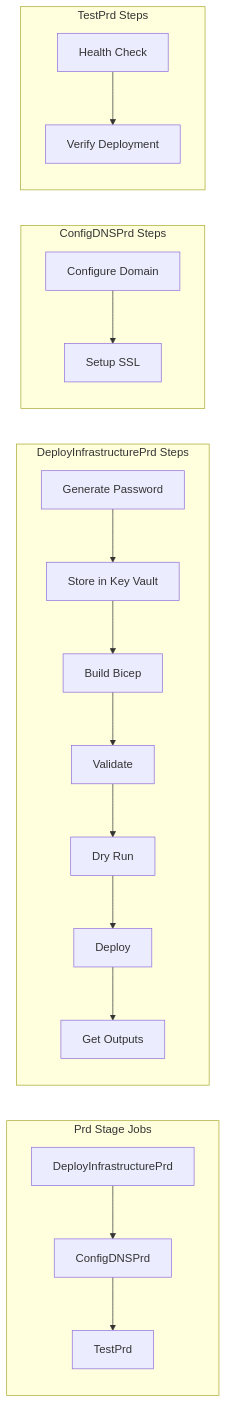
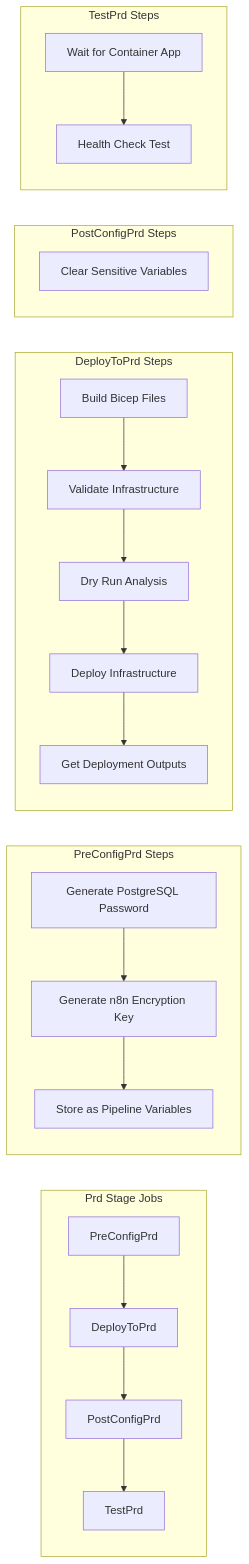
Before and after one commit to srmds/n8n-azure-apps-quick-starter: the fourth of 12 diagrams in docs/cicd-pipeline.md, drawn with Mermaid. The commit also changed other lines of this file and 15 other files, not shown here.

````diff
--- a/docs/cicd-pipeline.md
+++ b/docs/cicd-pipeline.md
@@ -143,24 +143,28 @@
 ```mermaid
 graph LR
     subgraph "Prd Stage Jobs"
-        A[DeployInfrastructurePrd] --> B[ConfigDNSPrd]
-        B --> C[TestPrd]
+        A[PreConfigPrd] --> B[DeployToPrd]
+        B --> C[PostConfigPrd]
+        C --> D[TestPrd]
     end
 
-    subgraph "DeployInfrastructurePrd Steps"
-        A1[Generate Password] --> A2[Store in Key Vault]
-        A2 --> A3[Build Bicep]
-        A3 --> A4[Validate]
-        A4 --> A5[Dry Run]
-        A5 --> A6[Deploy]
-        A6 --> A7[Get Outputs]
+    subgraph "PreConfigPrd Steps"
+        A1[Generate PostgreSQL Password] --> A2[Generate n8n Encryption Key]
+        A2 --> A3[Store as Pipeline Variables]
     end
 
-    subgraph "ConfigDNSPrd Steps"
-        B1[Configure Domain] --> B2[Setup SSL]
+    subgraph "DeployToPrd Steps"
+        B1[Build Bicep Files] --> B2[Validate Infrastructure]
+        B2 --> B3[Dry Run Analysis]
+        B3 --> B4[Deploy Infrastructure]
+        B4 --> B5[Get Deployment Outputs]
+    end
+
+    subgraph "PostConfigPrd Steps"
+        C1[Clear Sensitive Variables]
     end
 
     subgraph "TestPrd Steps"
-        C1[Health Check] --> C2[Verify Deployment]
+        D1[Wait for Container App] --> D2[Health Check Test]
     end
 ```
````
